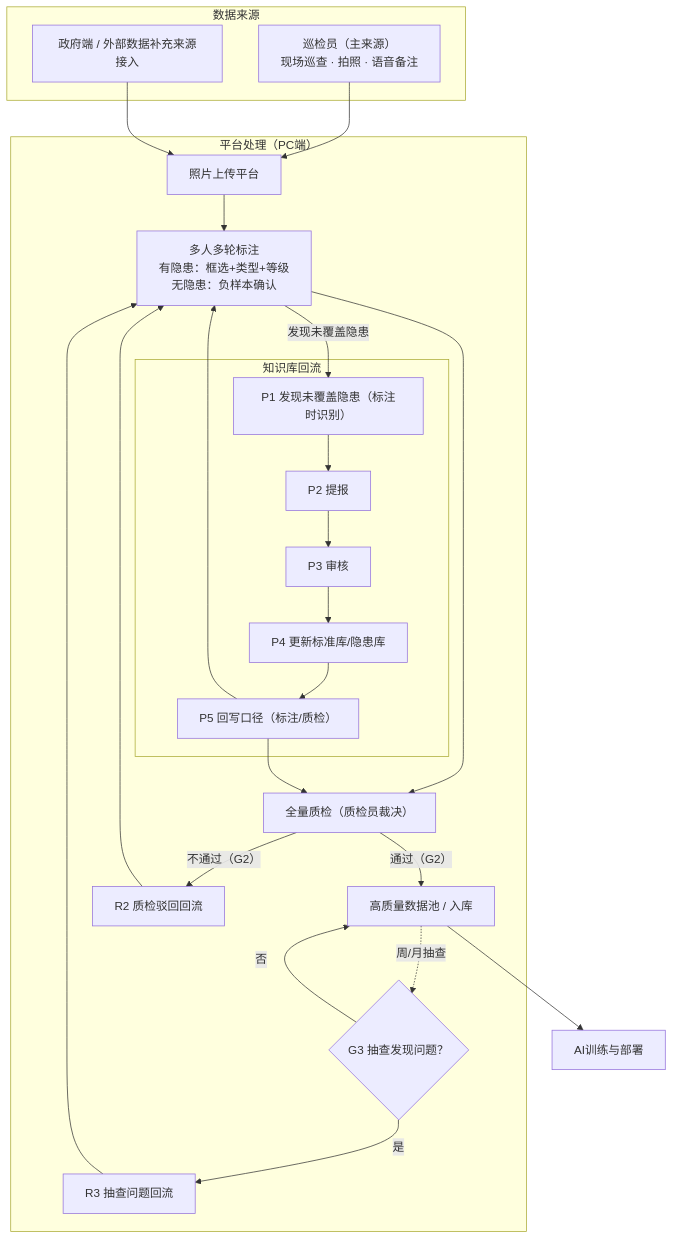
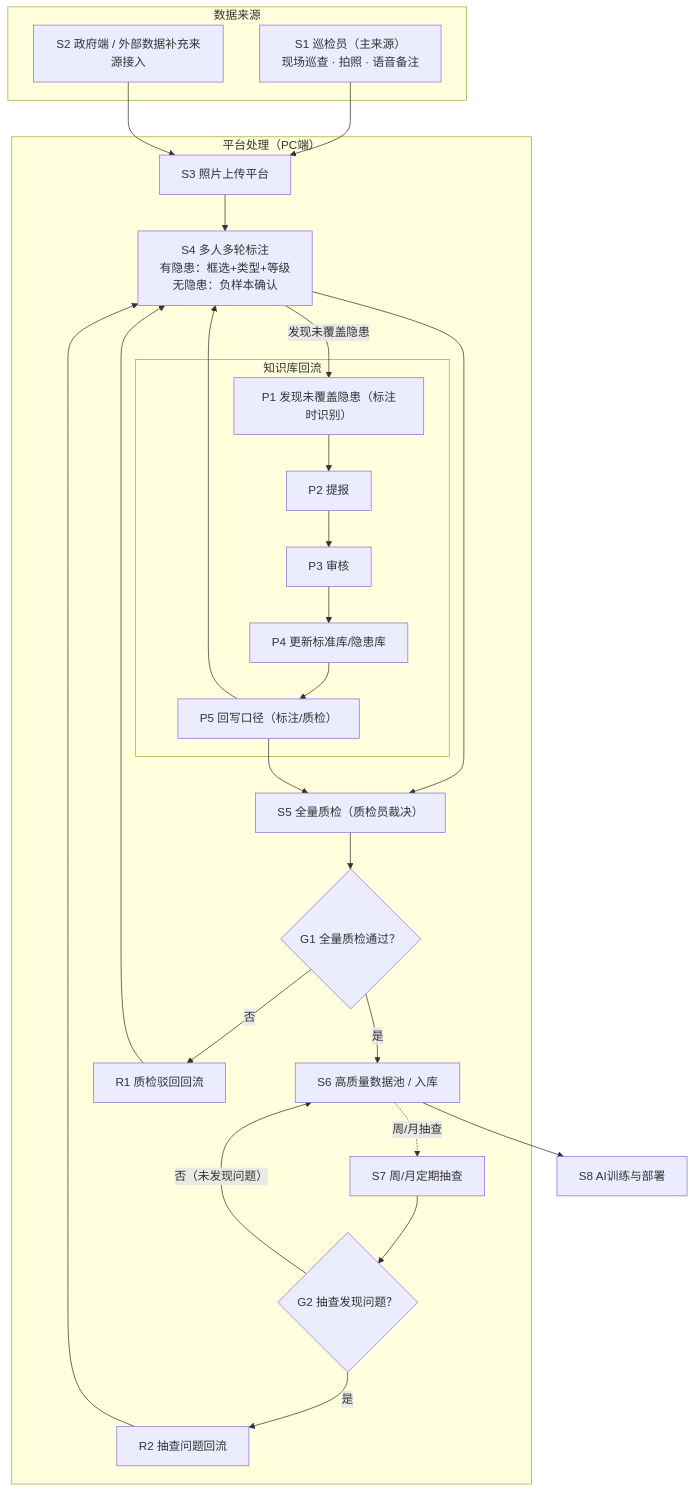
The diagram in 数据治理平台-Mermaid.mmd (zhudan930612/Data-governance), drawn with Mermaid before and after one commit. The commit also changed 1 other file, not shown here.

Commit message:
同步更新mermaid和总览表

```diff
--- a/数据治理平台-Mermaid.mmd
+++ b/数据治理平台-Mermaid.mmd
@@ -1,36 +1,39 @@
 %%{init: {'theme':'mc'}}%%
 flowchart TD
     subgraph SRC ["数据来源"]
-        A1["巡检员（主来源）<br/>现场巡查 · 拍照 · 语音备注"]
-        A2["政府端 / 外部数据补充来源接入"]
+        A1["S1 巡检员（主来源）<br/>现场巡查 · 拍照 · 语音备注"]
+        A2["S2 政府端 / 外部数据补充来源接入"]
     end
 
-    A1 --> B["照片上传平台"]
+    A1 --> B["S3 照片上传平台"]
     A2 --> B
 
     subgraph PLT ["平台处理（PC端）"]
-        B --> E["多人多轮标注<br/>有隐患：框选+类型+等级<br/>无隐患：负样本确认"]
-        E --> G["全量质检（质检员裁决）"]
-        G -->|"通过（G2）"| H["高质量数据池 / 入库"]
-        G -->|"不通过（G2）"| R2["R2 质检驳回回流"]
+        B --> E["S4 多人多轮标注<br/>有隐患：框选+类型+等级<br/>无隐患：负样本确认"]
+        E --> G["S5 全量质检（质检员裁决）"]
+        G --> G1{"G1 全量质检通过？"}
+        G1 -->|"是"| H["S6 高质量数据池 / 入库"]
+        G1 -->|"否"| R1["R1 质检驳回回流"]
+        R1 --> E
+
+        H -.->|"周/月抽查"| S7["S7 周/月定期抽查"]
+        S7 --> G2{"G2 抽查发现问题？"}
+        G2 -->|"是"| R2["R2 抽查问题回流"]
+        G2 -->|"否（未发现问题）"| H
         R2 --> E
-        H -.->|"周/月抽查"| G3{"G3 抽查发现问题？"}
-        G3 -->|"是"| R3["R3 抽查问题回流"]
-        R3 --> E
 
         subgraph LOOP ["知识库回流"]
             U["P1 发现未覆盖隐患（标注时识别）"]
             U --> V["P2 提报"]
             V --> W["P3 审核"]
             W --> X["P4 更新标准库/隐患库"]
             X --> Y["P5 回写口径（标注/质检）"]
         end
 
         E -->|"发现未覆盖隐患"| U
         Y --> E
         Y --> G
     end
 
-    G3 -->|"否"| H
 
-    H --> M["AI训练与部署"]
+    H --> M["S8 AI训练与部署"]
```
